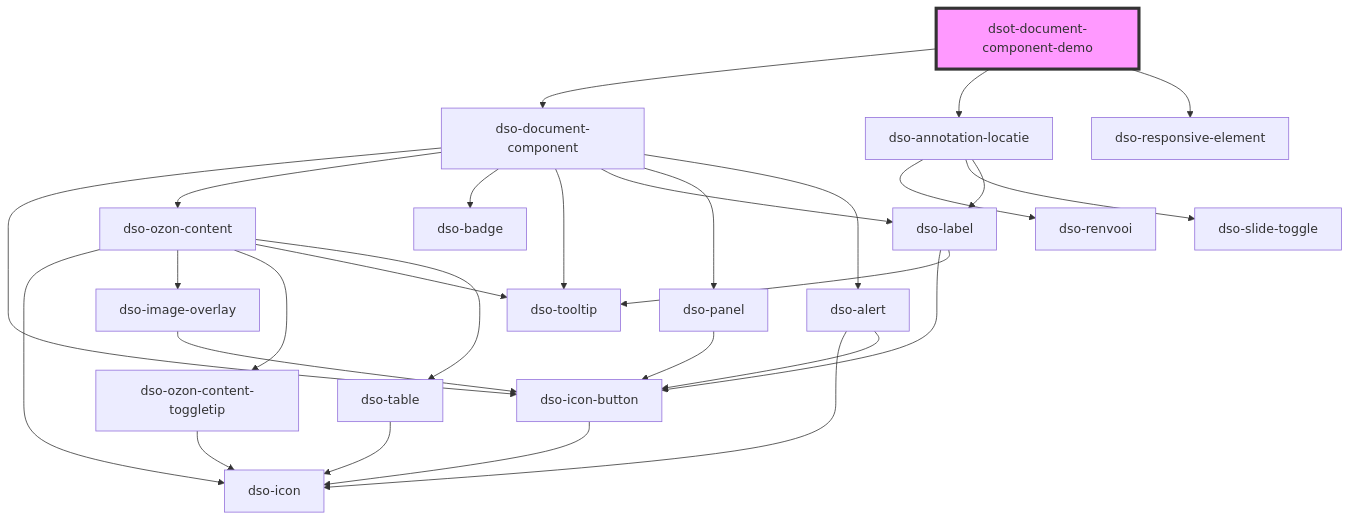
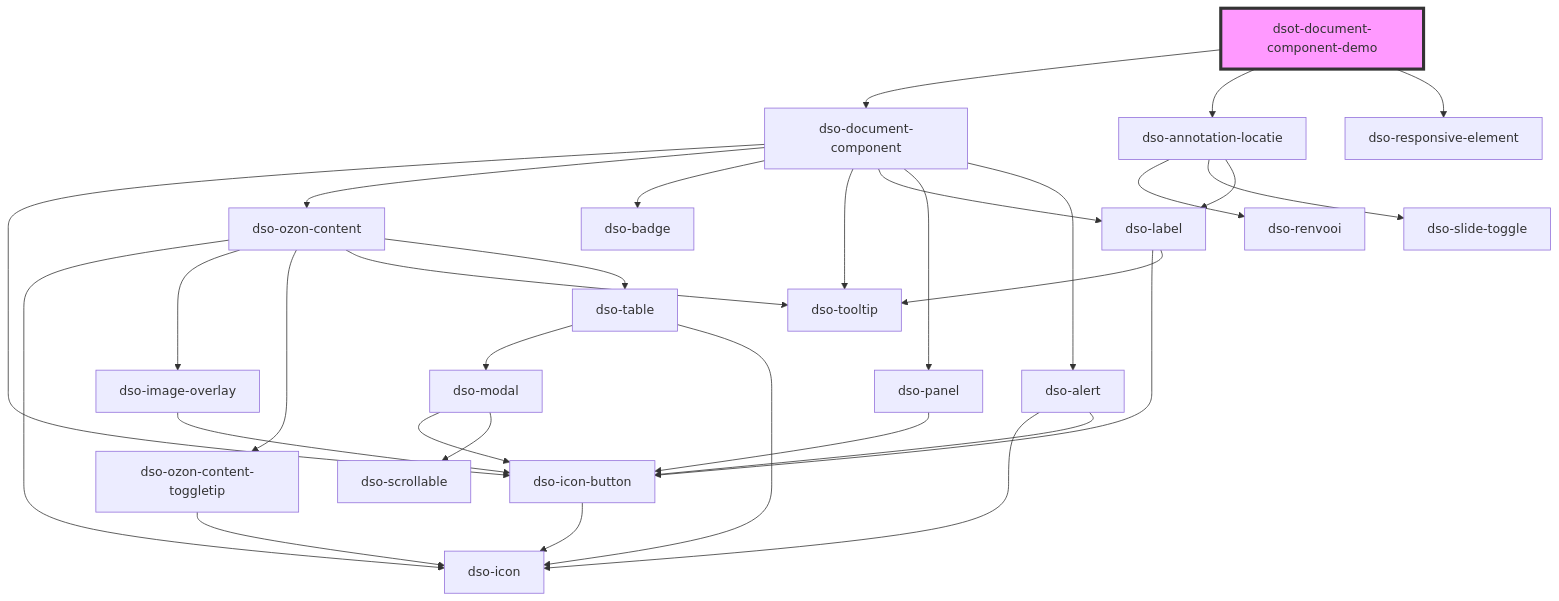
The diagram in packages/core/src/components/document-component-demo/readme.md (dso-toolkit/dso-toolkit), drawn with Mermaid before and after one commit. The commit also changed 8 other files, not shown here.

````diff
--- a/packages/core/src/components/document-component-demo/readme.md
+++ b/packages/core/src/components/document-component-demo/readme.md
@@ -37,31 +37,34 @@
 ```mermaid
 graph TD;
   dsot-document-component-demo --> dso-document-component
   dsot-document-component-demo --> dso-annotation-locatie
   dsot-document-component-demo --> dso-responsive-element
   dso-document-component --> dso-icon-button
   dso-document-component --> dso-ozon-content
   dso-document-component --> dso-badge
   dso-document-component --> dso-tooltip
   dso-document-component --> dso-label
   dso-document-component --> dso-panel
   dso-document-component --> dso-alert
   dso-icon-button --> dso-icon
   dso-ozon-content --> dso-icon
   dso-ozon-content --> dso-image-overlay
   dso-ozon-content --> dso-ozon-content-toggletip
   dso-ozon-content --> dso-tooltip
   dso-ozon-content --> dso-table
   dso-image-overlay --> dso-icon-button
   dso-ozon-content-toggletip --> dso-icon
+  dso-table --> dso-modal
   dso-table --> dso-icon
+  dso-modal --> dso-icon-button
+  dso-modal --> dso-scrollable
   dso-label --> dso-icon-button
   dso-label --> dso-tooltip
   dso-panel --> dso-icon-button
   dso-alert --> dso-icon
   dso-alert --> dso-icon-button
   dso-annotation-locatie --> dso-renvooi
   dso-annotation-locatie --> dso-slide-toggle
   dso-annotation-locatie --> dso-label
   style dsot-document-component-demo fill:#f9f,stroke:#333,stroke-width:4px
 ```
````
